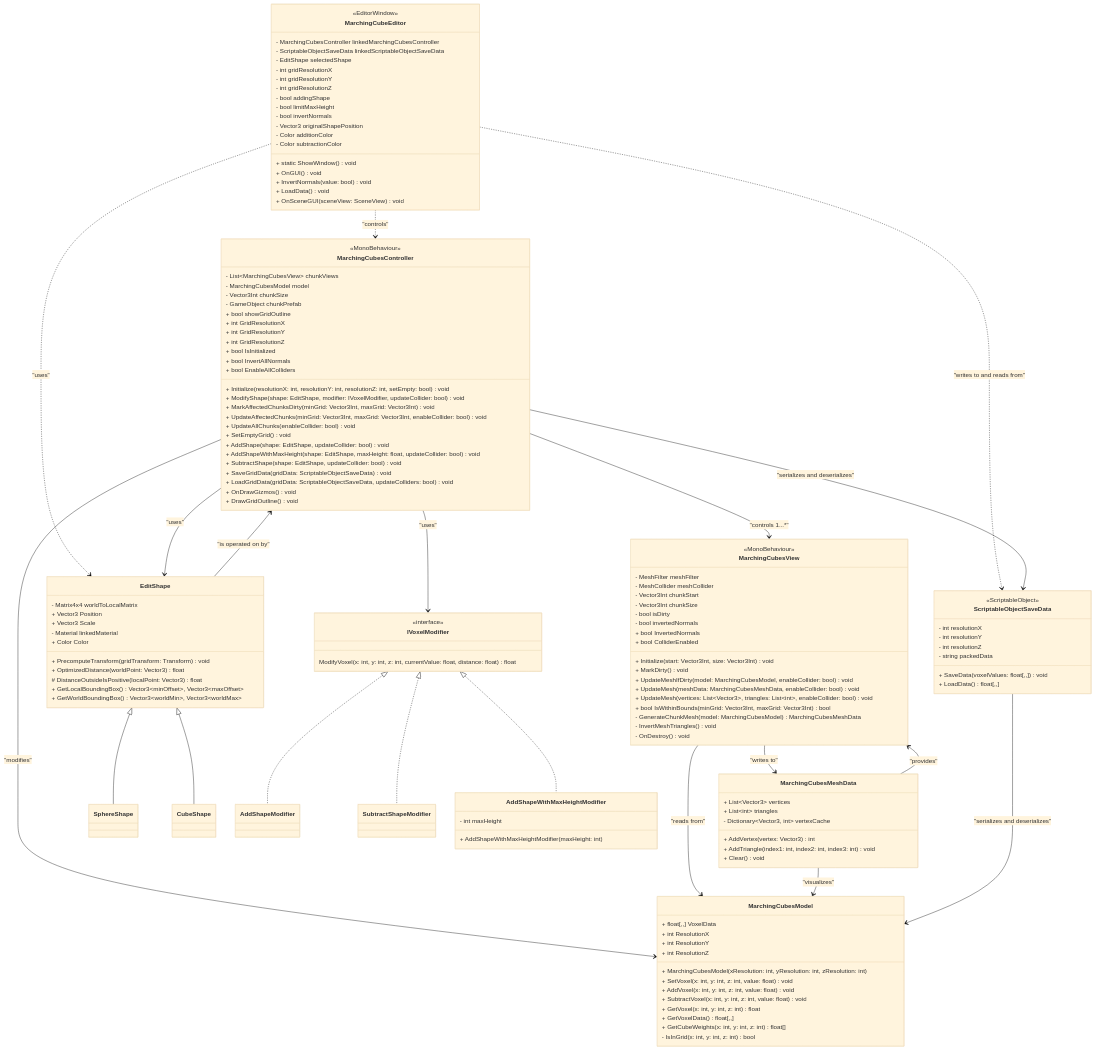
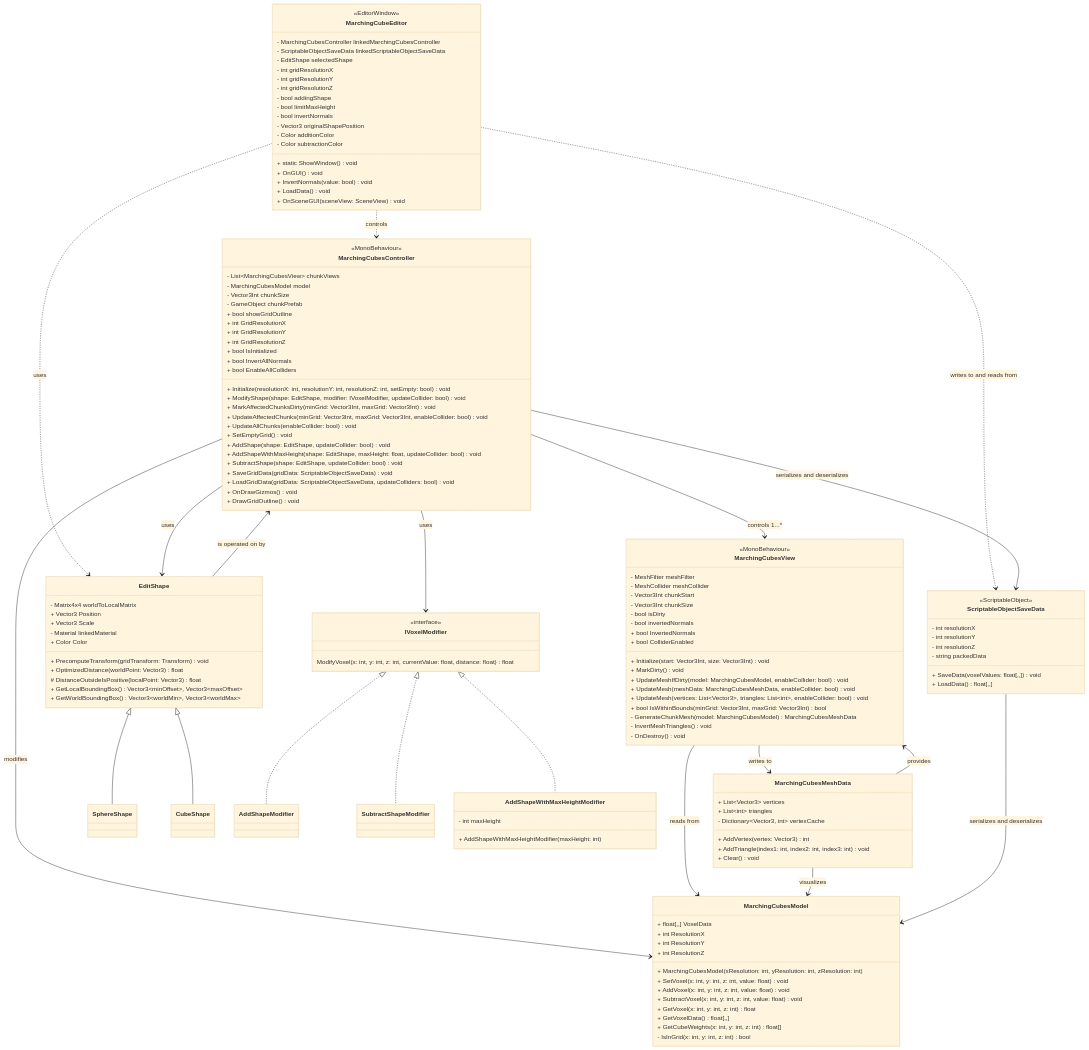
The diagram in Documentation/UML/ClassDiagram/README.md (iffn/MarchingCubeEditorForUnity), drawn with Mermaid (base theme) before and after one commit.

Commit message:
Removed quotation marks

````diff
--- a/Documentation/UML/ClassDiagram/README.md
+++ b/Documentation/UML/ClassDiagram/README.md
@@ -136,18 +136,18 @@
     IVoxelModifier <|.. SubtractShapeModifier
     IVoxelModifier <|.. AddShapeWithMaxHeightModifier
 
-    MarchingCubesController --> IVoxelModifier : "uses"
-    MarchingCubeEditor ..> MarchingCubesController : "controls"
-    MarchingCubeEditor ..> EditShape : "uses"
-    MarchingCubeEditor ..> ScriptableObjectSaveData : "writes to and reads from"
-    MarchingCubesController --> MarchingCubesModel : "modifies"
-    MarchingCubesController --> MarchingCubesView : "controls 1...*"
-    MarchingCubesController --> EditShape : "uses"
-    MarchingCubesController --> ScriptableObjectSaveData : "serializes and deserializes"
-    MarchingCubesView --> MarchingCubesModel : "reads from"
-    MarchingCubesView --> MarchingCubesMeshData : "writes to"
-    MarchingCubesMeshData --> MarchingCubesView : "provides"
-    EditShape --> MarchingCubesController : "is operated on by"
-    MarchingCubesMeshData --> MarchingCubesModel : "visualizes"
-    ScriptableObjectSaveData --> MarchingCubesModel : "serializes and deserializes"
+    MarchingCubesController --> IVoxelModifier : uses
+    MarchingCubeEditor ..> MarchingCubesController : controls
+    MarchingCubeEditor ..> EditShape : uses
+    MarchingCubeEditor ..> ScriptableObjectSaveData : writes to and reads from
+    MarchingCubesController --> MarchingCubesModel : modifies
+    MarchingCubesController --> MarchingCubesView : controls 1...*
+    MarchingCubesController --> EditShape : uses
+    MarchingCubesController --> ScriptableObjectSaveData : serializes and deserializes
+    MarchingCubesView --> MarchingCubesModel : reads from
+    MarchingCubesView --> MarchingCubesMeshData : writes to
+    MarchingCubesMeshData --> MarchingCubesView : provides
+    EditShape --> MarchingCubesController : is operated on by
+    MarchingCubesMeshData --> MarchingCubesModel : visualizes
+    ScriptableObjectSaveData --> MarchingCubesModel : serializes and deserializes
 ```
````
